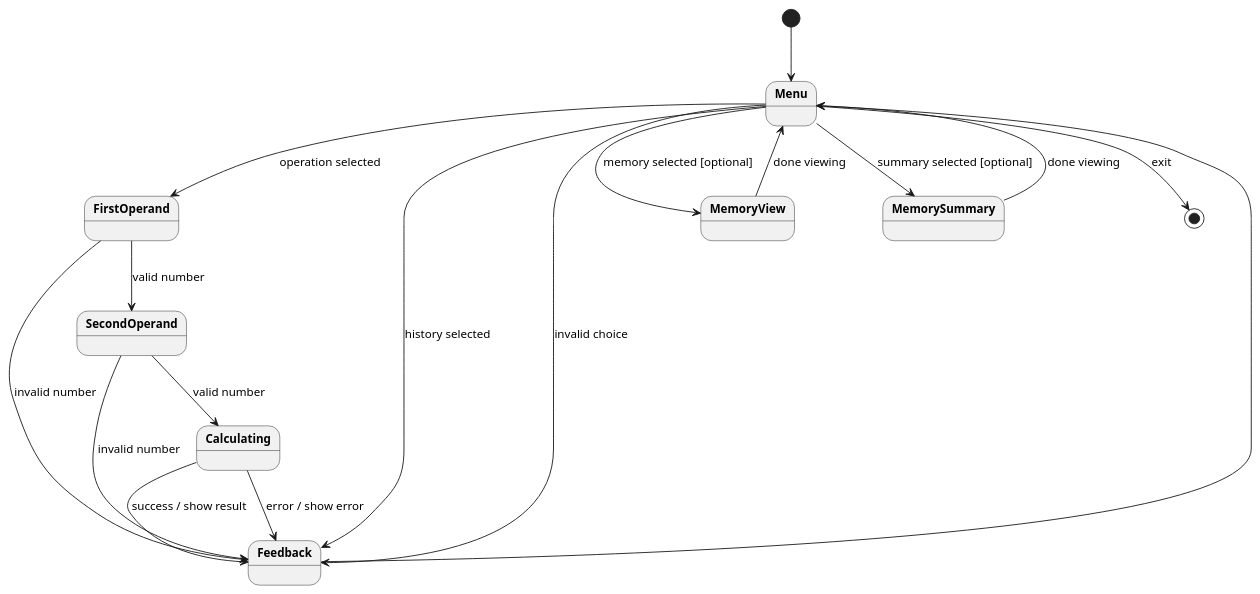
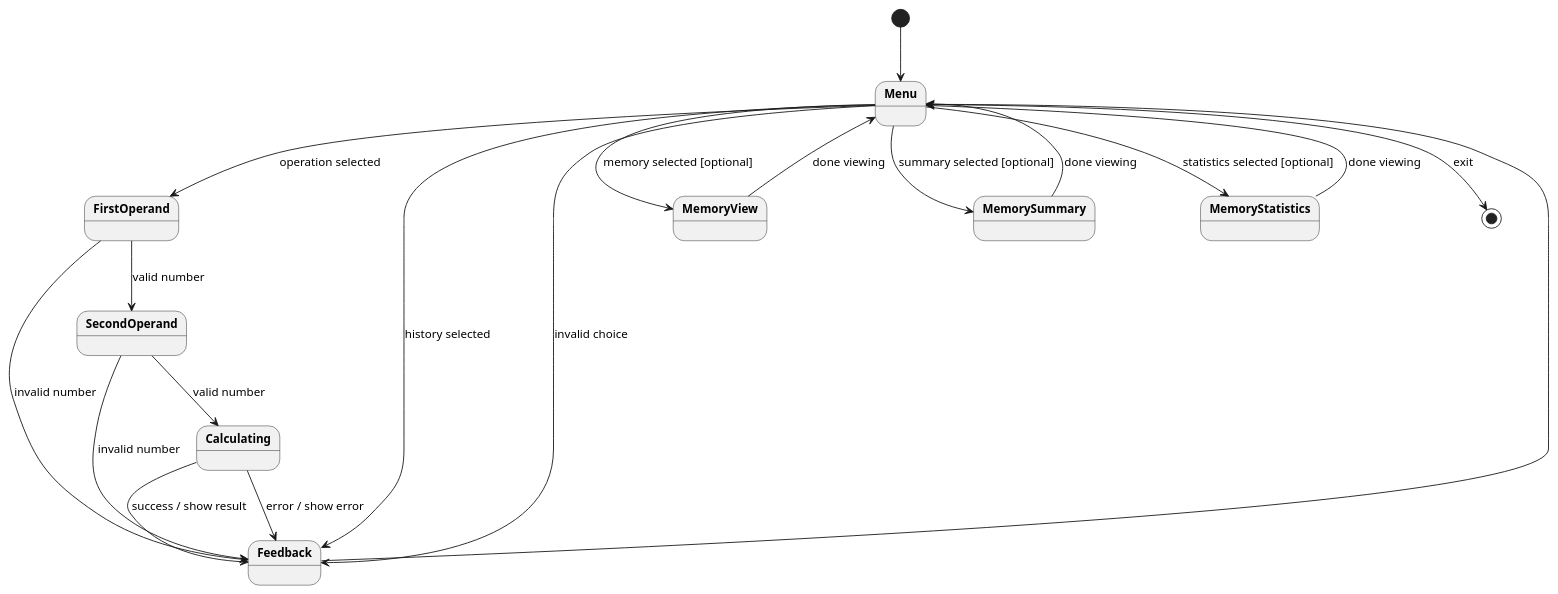
One commit to DanielRiha8906/Software_autoevolution_using_agents changed the diagram in experiments/supervisor_as_tools/structured_text/calculator/artifacts/state_diagram_interactive.puml. Above: the diagram before and after it, drawn with PlantUML. The commit also changed 9 other files, not shown here.

```diff
--- a/experiments/supervisor_as_tools/structured_text/calculator/artifacts/state_diagram_interactive.puml
+++ b/experiments/supervisor_as_tools/structured_text/calculator/artifacts/state_diagram_interactive.puml
@@ -1,30 +1,32 @@
 @startuml state_diagram_interactive
 
 skinparam defaultFontSize 13
 skinparam stateFontStyle bold
 
 top to bottom direction
 
 [*] --> Menu
 
 Menu --> FirstOperand : operation selected
 Menu --> Feedback : history selected
 Menu --> MemoryView : memory selected [optional]
 Menu --> MemorySummary : summary selected [optional]
+Menu --> MemoryStatistics : statistics selected [optional]
 Menu --> Feedback : invalid choice
 Menu --> [*] : exit
 
 FirstOperand --> SecondOperand : valid number
 FirstOperand --> Feedback : invalid number
 
 SecondOperand --> Calculating : valid number
 SecondOperand --> Feedback : invalid number
 
 Calculating --> Feedback : success / show result
 Calculating --> Feedback : error / show error
 Feedback --> Menu
 
 MemoryView --> Menu : done viewing
 MemorySummary --> Menu : done viewing
+MemoryStatistics --> Menu : done viewing
 
 @enduml
```
